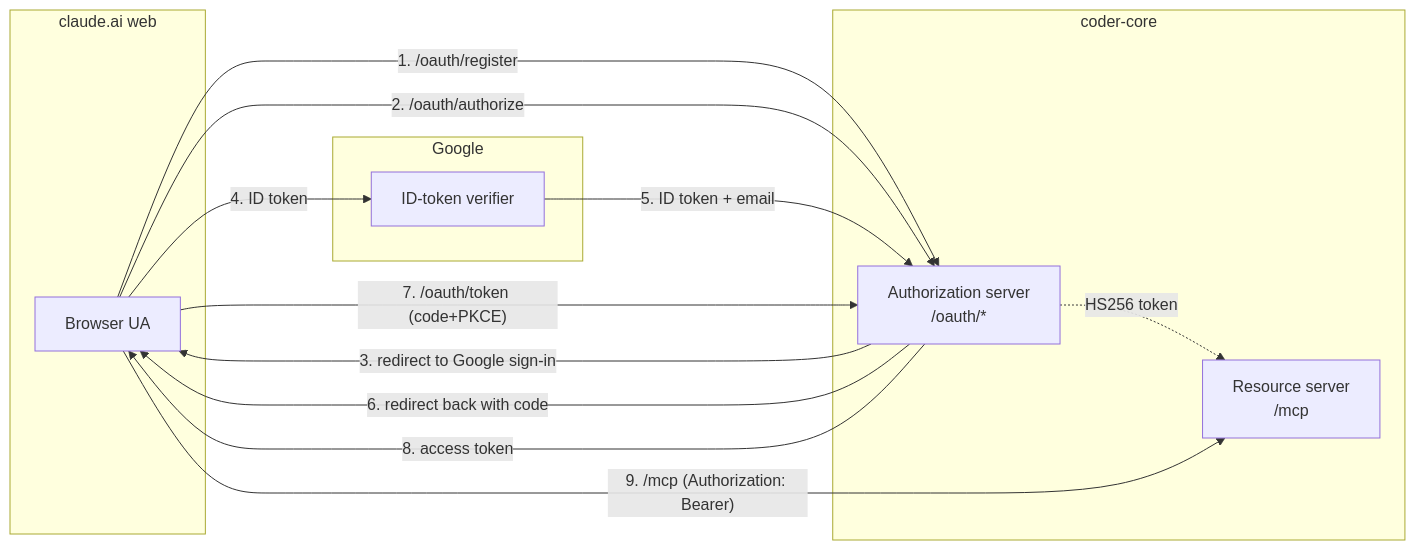
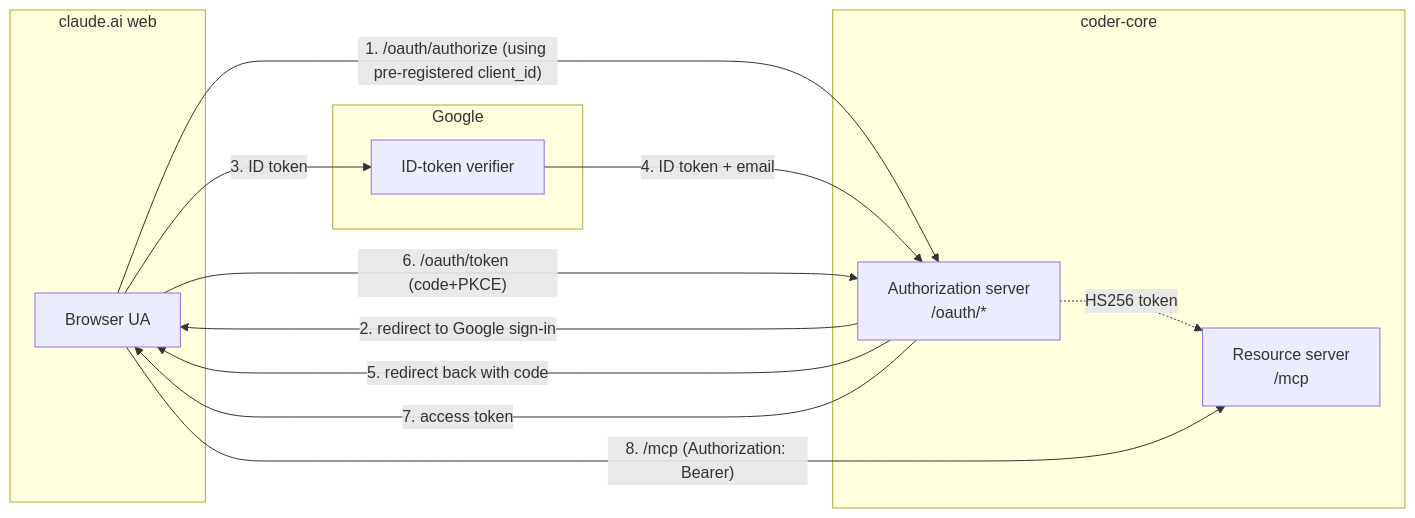
Before and after one commit to coder-devx/coder-system: the first of 2 diagrams in system/designs/wip/0050-oauth-for-mcp-clients.md, drawn with Mermaid. The commit also changed other lines of this file and 1 other file, not shown here.

First line of the commit message:
wip(0050): admin-only client registration; lock OQ6

````diff
--- a/system/designs/wip/0050-oauth-for-mcp-clients.md
+++ b/system/designs/wip/0050-oauth-for-mcp-clients.md
@@ -46,23 +50,22 @@
 ```mermaid
 flowchart LR
   subgraph claude.ai web
     UA[Browser UA]
   end
   subgraph coder-core
     AS[Authorization server<br>/oauth/*]
     RS[Resource server<br>/mcp]
     AS -.HS256 token.-> RS
   end
   subgraph Google
     Goog[ID-token verifier]
   end
-  UA -- 1. /oauth/register --> AS
-  UA -- 2. /oauth/authorize --> AS
-  AS -- 3. redirect to Google sign-in --> UA
-  UA -- 4. ID token --> Goog
-  Goog -- 5. ID token + email --> AS
-  AS -- 6. redirect back with code --> UA
-  UA -- 7. /oauth/token (code+PKCE) --> AS
-  AS -- 8. access token --> UA
-  UA -- 9. /mcp (Authorization: Bearer) --> RS
+  UA -- 1. /oauth/authorize (using pre-registered client_id) --> AS
+  AS -- 2. redirect to Google sign-in --> UA
+  UA -- 3. ID token --> Goog
+  Goog -- 4. ID token + email --> AS
+  AS -- 5. redirect back with code --> UA
+  UA -- 6. /oauth/token (code+PKCE) --> AS
+  AS -- 7. access token --> UA
+  UA -- 8. /mcp (Authorization: Bearer) --> RS
 ```
````
